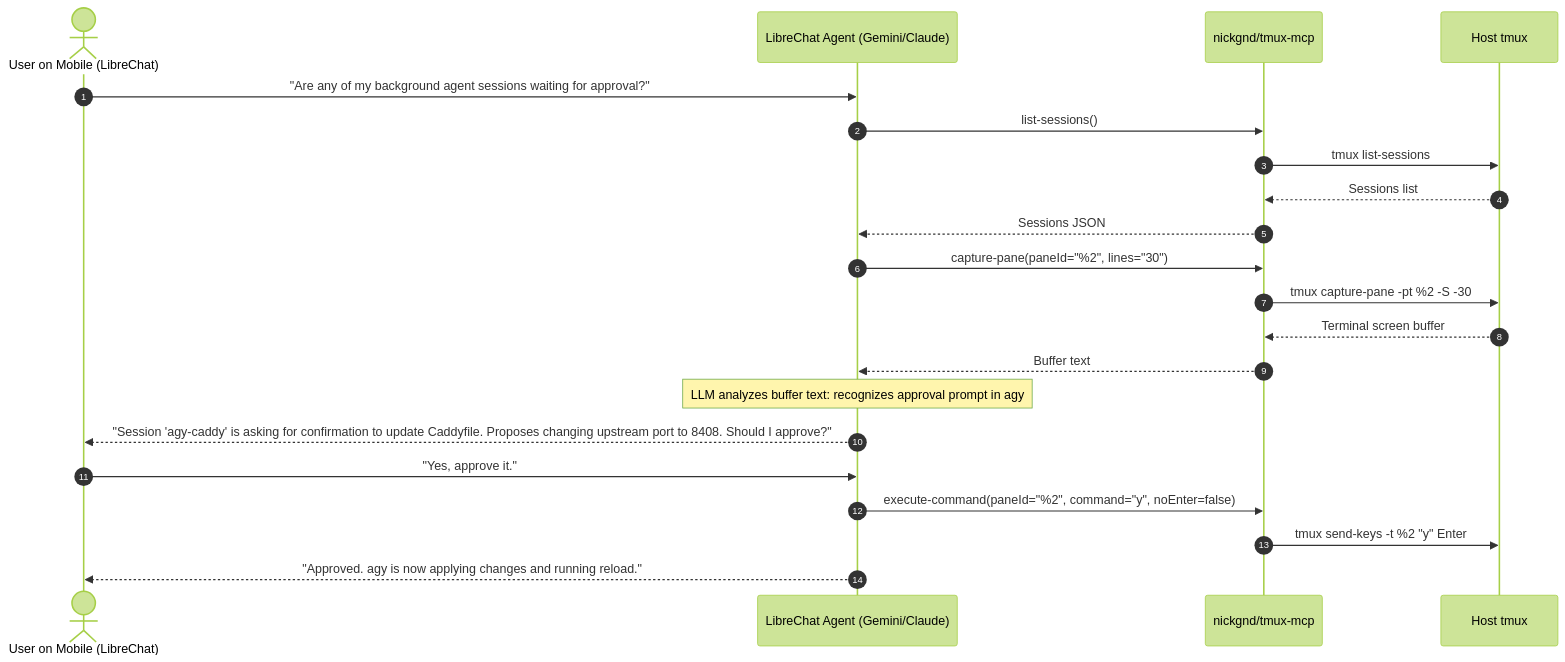
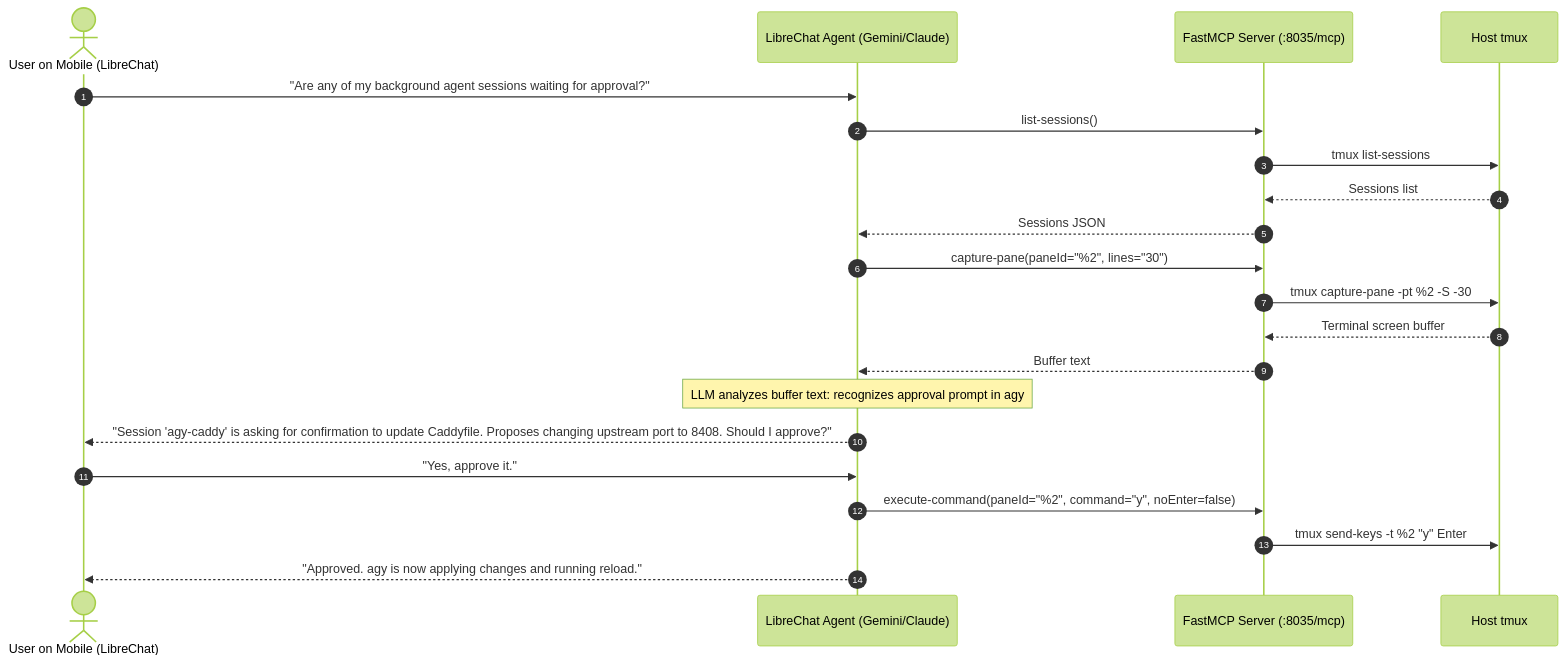
The third of 3 diagrams in ARCHITECTURE.md (spelech/LibreChatTmuxBridge), drawn with Mermaid (forest theme) before and after one commit. The commit also changed 10 other files, not shown here.

````diff
--- a/ARCHITECTURE.md
+++ b/ARCHITECTURE.md
@@ -84,24 +84,24 @@
 ```mermaid
 sequenceDiagram
     autonumber
     actor User as User on Mobile (LibreChat)
     participant LC as LibreChat Agent (Gemini/Claude)
-    participant MCP as nickgnd/tmux-mcp
+    participant MCP as FastMCP Server (:8035/mcp)
     participant TM as Host tmux
 
     User->>LC: "Are any of my background agent sessions waiting for approval?"
     LC->>MCP: list-sessions()
     MCP->>TM: tmux list-sessions
     TM-->>MCP: Sessions list
     MCP-->>LC: Sessions JSON
     LC->>MCP: capture-pane(paneId="%2", lines="30")
     MCP->>TM: tmux capture-pane -pt %2 -S -30
     TM-->>MCP: Terminal screen buffer
     MCP-->>LC: Buffer text
     Note over LC: LLM analyzes buffer text: recognizes approval prompt in agy
     LC-->>User: "Session 'agy-caddy' is asking for confirmation to update Caddyfile. Proposes changing upstream port to 8408. Should I approve?"
     User->>LC: "Yes, approve it."
     LC->>MCP: execute-command(paneId="%2", command="y", noEnter=false)
     MCP->>TM: tmux send-keys -t %2 "y" Enter
     LC-->>User: "Approved. agy is now applying changes and running reload."
 ```
````
